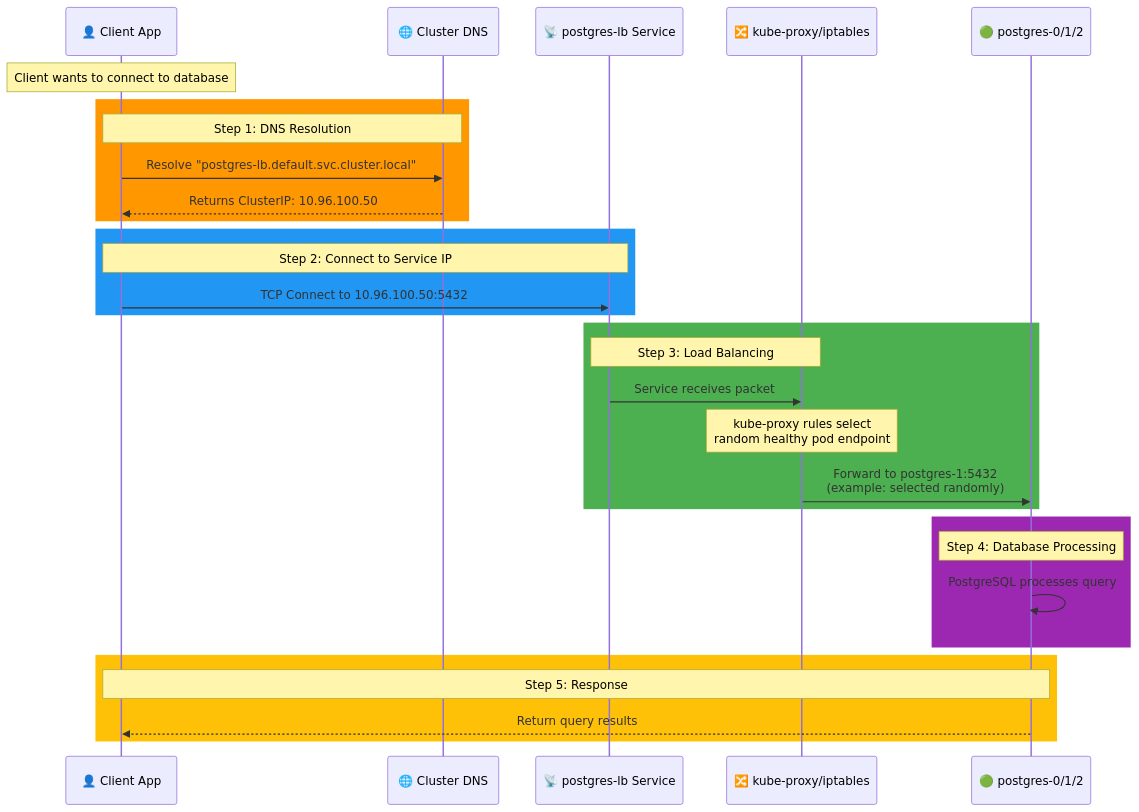
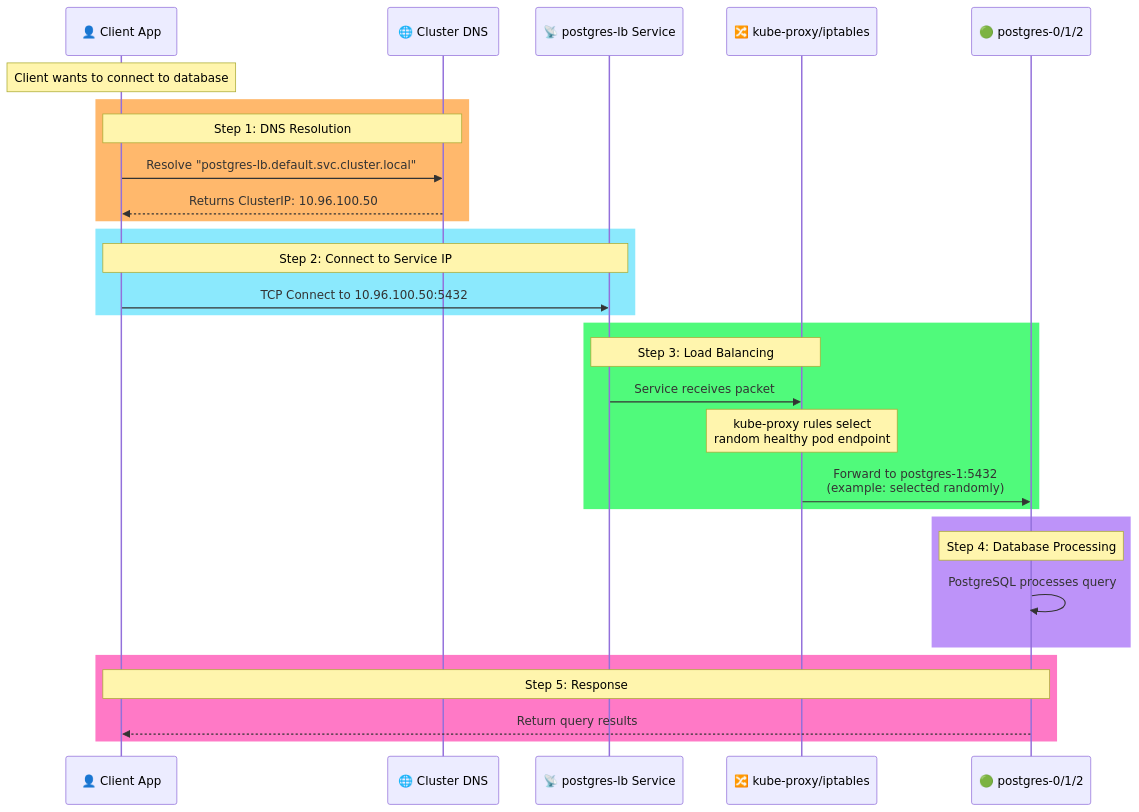
Diagram 14 of 17 in Workload_and_Application_Management/statefulset-postgresql-explained.md (selvakumarperumal/k8s_minikube_learn), drawn with Mermaid before and after one commit. The commit also changed other lines of this file, not shown here.

Commit message:
Use Dracula theme colors for sequence diagram backgrounds

````diff
--- a/Workload_and_Application_Management/statefulset-postgresql-explained.md
+++ b/Workload_and_Application_Management/statefulset-postgresql-explained.md
@@ -482,38 +482,38 @@
 ```mermaid
 sequenceDiagram
     participant Client as 👤 Client App
     participant DNS as 🌐 Cluster DNS
     participant SVC as 📡 postgres-lb Service
     participant IPTABLES as 🔀 kube-proxy/iptables
     participant POD as 🟢 postgres-0/1/2
 
     Note over Client: Client wants to connect to database
     
-    rect rgb(255, 152, 0)
+    rect rgb(255, 184, 108)
         Note over Client,DNS: Step 1: DNS Resolution
         Client->>DNS: Resolve "postgres-lb.default.svc.cluster.local"
         DNS-->>Client: Returns ClusterIP: 10.96.100.50
     end
     
-    rect rgb(33, 150, 243)
+    rect rgb(139, 233, 253)
         Note over Client,SVC: Step 2: Connect to Service IP
         Client->>SVC: TCP Connect to 10.96.100.50:5432
     end
     
-    rect rgb(76, 175, 80)
+    rect rgb(80, 250, 123)
         Note over SVC,IPTABLES: Step 3: Load Balancing
         SVC->>IPTABLES: Service receives packet
         Note over IPTABLES: kube-proxy rules select<br/>random healthy pod endpoint
         IPTABLES->>POD: Forward to postgres-1:5432<br/>(example: selected randomly)
     end
     
-    rect rgb(156, 39, 176)
+    rect rgb(189, 147, 249)
         Note over POD: Step 4: Database Processing
         POD->>POD: PostgreSQL processes query
     end
     
-    rect rgb(255, 193, 7)
+    rect rgb(255, 121, 198)
         Note over POD,Client: Step 5: Response
         POD-->>Client: Return query results
     end
 ```
````
